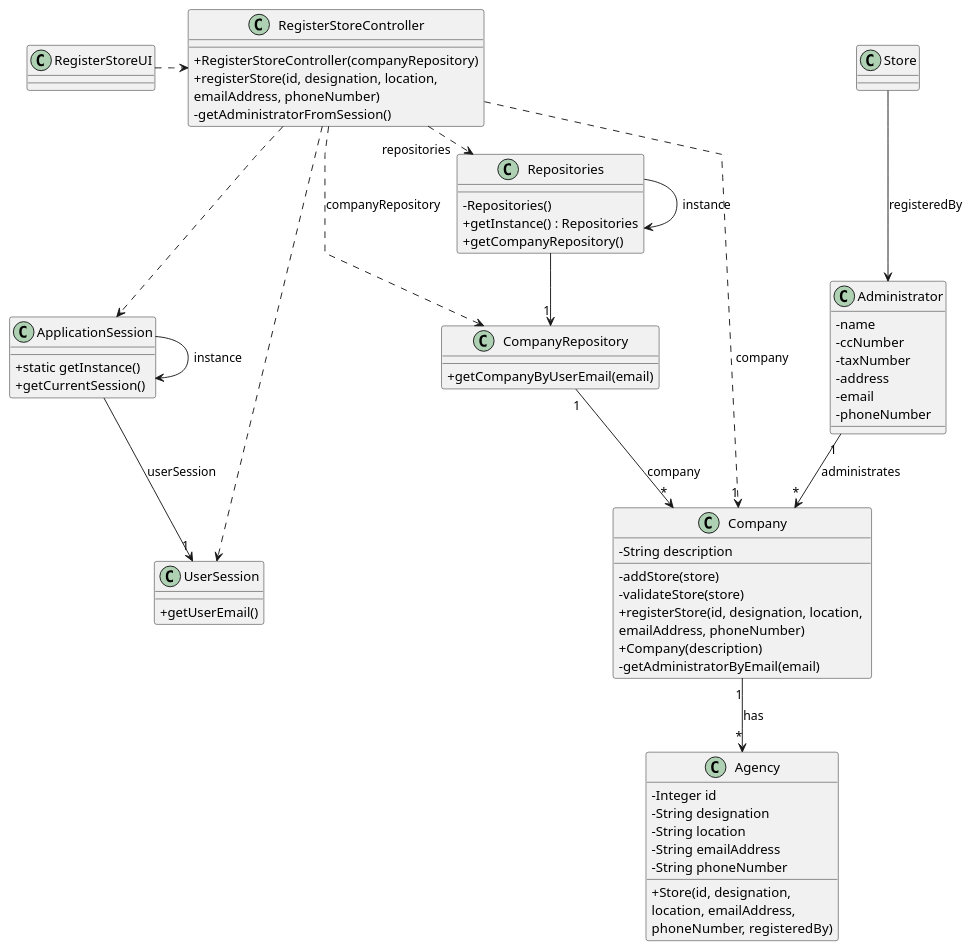
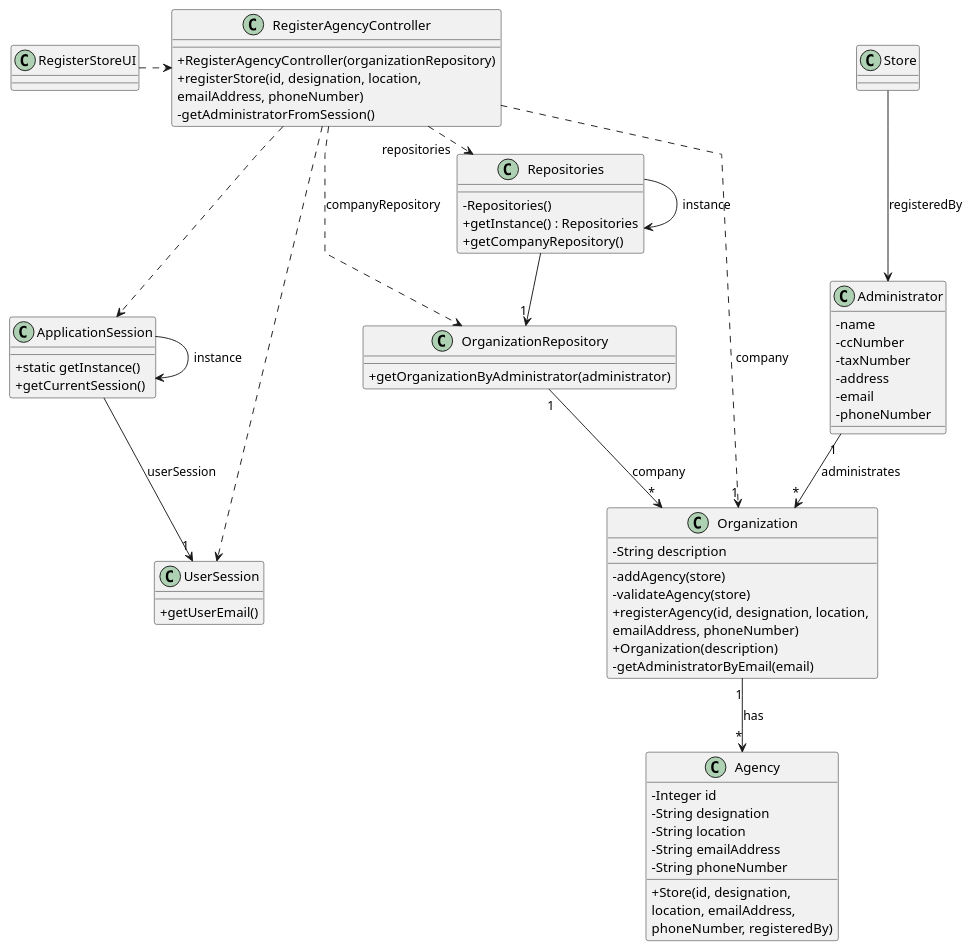
The diagram in docs/Sprint-B/US005/03.design/puml/us005-class-diagram.puml (Rodrick0209/ISEP-LAPR2-22-23), drawn with PlantUML before and after one commit. The commit also changed 4 other files, not shown here.

```diff
--- a/docs/Sprint-B/US005/03.design/puml/us005-class-diagram.puml
+++ b/docs/Sprint-B/US005/03.design/puml/us005-class-diagram.puml
@@ -1,90 +1,90 @@
 @startuml
 'skinparam monochrome true
 skinparam packageStyle rectangle
 skinparam shadowing false
 skinparam linetype polyline
 'skinparam linetype orto
 
 skinparam classAttributeIconSize 0
 
 'left to right direction
 
 class ApplicationSession
 {
     + static getInstance()
     + getCurrentSession()
 }
 
 class UserSession
 {
     + getUserEmail()
 }
 
 class Agency {
     - Integer id
     - String designation
     - String location
     - String emailAddress
     - String phoneNumber
 
     + Store(id, designation, \nlocation, emailAddress, \nphoneNumber, registeredBy)
 }
 
-class Company {
+class Organization {
     - String description
-    - addStore(store)
-    - validateStore(store)
-    + registerStore(id, designation, location, \nemailAddress, phoneNumber)
-    '+ saveStore(store)
-    + Company(description)
+    - addAgency(store)
+    - validateAgency(store)
+    + registerAgency(id, designation, location, \nemailAddress, phoneNumber)
+    '+ saveAgency(agency)
+    + Organization(description)
     - getAdministratorByEmail(email)
 }
 
 class Repositories {
     - Repositories()
     + getInstance() : Repositories
     + getCompanyRepository()
 }
 
-class RegisterStoreController {
-    + RegisterStoreController(companyRepository)
+class RegisterAgencyController {
+    + RegisterAgencyController(organizationRepository)
     + registerStore(id, designation, location, \nemailAddress, phoneNumber)
     - getAdministratorFromSession()
 }
 
-class CompanyRepository{
-    +getCompanyByUserEmail(email)
+class OrganizationRepository{
+    +getOrganizationByAdministrator(administrator)
 }
 
 class Administrator{
     - name
     - ccNumber
     - taxNumber
     - address
     - email
     - phoneNumber
 }
 
 Repositories -> Repositories : instance
 ApplicationSession -> ApplicationSession : instance
 
-RegisterStoreUI .> RegisterStoreController
+RegisterStoreUI .> RegisterAgencyController
 
-RegisterStoreController .> Repositories : repositories
+RegisterAgencyController .> Repositories : repositories
 
-Repositories -> "1" CompanyRepository
+Repositories -> "1" OrganizationRepository
 
-RegisterStoreController ..> CompanyRepository : companyRepository
-CompanyRepository "1" --> "*" Company : company
+RegisterAgencyController ..> OrganizationRepository : companyRepository
+OrganizationRepository "1" --> "*" Organization : company
 ApplicationSession --> "1" UserSession : userSession
 
-RegisterStoreController ..> "1" Company : company
-RegisterStoreController ..> ApplicationSession
-RegisterStoreController ..> UserSession
+RegisterAgencyController ..> "1" Organization : company
+RegisterAgencyController ..> ApplicationSession
+RegisterAgencyController ..> UserSession
 Store --> Administrator : registeredBy
-Company "1" --> "*" Agency : has
-Administrator "1" --> "*" Company : administrates
+Organization "1" --> "*" Agency : has
+Administrator "1" --> "*" Organization : administrates
 
 
 
 @enduml
```
